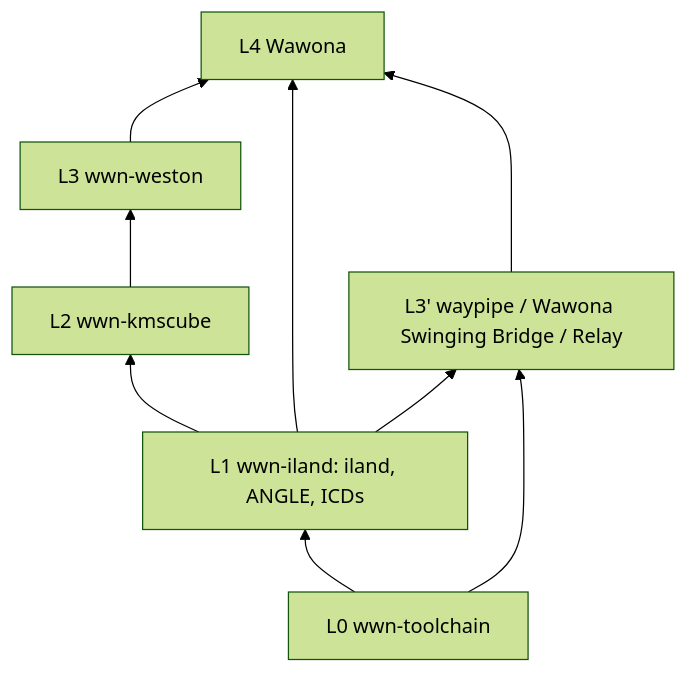
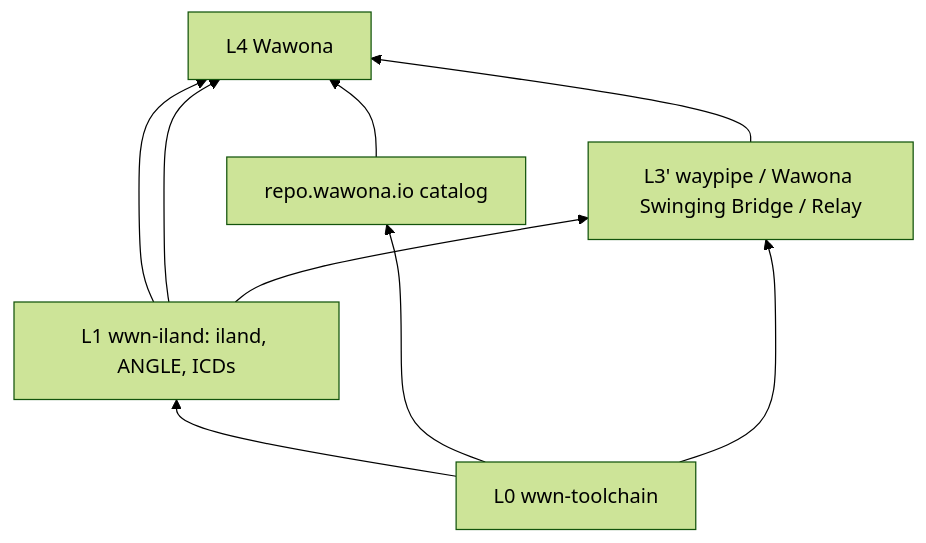
The diagram in docs/wwn-repo-dag.md (Wawona/Wawona), drawn with Mermaid (forest theme) before and after one commit. The commit also changed other lines of this file and 7 other files, not shown here.

First line of the commit message:
Input repo.wawona.io for the port registry instead of six flakes.

````diff
--- a/docs/wwn-repo-dag.md
+++ b/docs/wwn-repo-dag.md
@@ -33,13 +33,13 @@
 ```mermaid
 flowchart BT
   tc[L0 wwn-toolchain]
   il[L1 wwn-iland: iland, ANGLE, ICDs]
-  km[L2 wwn-kmscube]
-  we[L3 wwn-weston]
+  cat[repo.wawona.io catalog]
   wp[L3' waypipe / Wawona Swinging Bridge / Relay]
   wa[L4 Wawona]
-  tc --> il --> km --> we --> wa
+  tc --> il --> wa
+  tc --> cat --> wa
   tc --> wp --> wa
   il --> wa
   il --> wp
 ```
````
